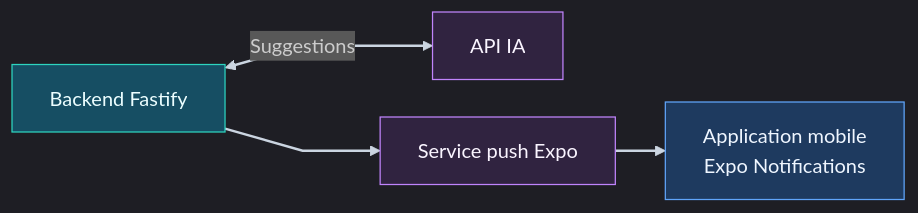
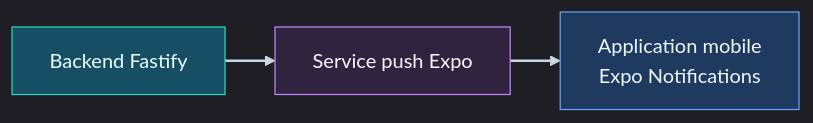
Before and after one commit to Bryan-Menoux/ColocSync: the fifth of 5 diagrams in stack.md, drawn with Mermaid. The commit also changed other lines of this file and 46 other files, not shown here.

````diff
--- a/stack.md
+++ b/stack.md
@@ -122,19 +119,17 @@
 ```mermaid
 %%{init: {"theme":"dark","flowchart":{"curve":"linear","nodeSpacing":30,"rankSpacing":40},"themeVariables":{"lineColor":"#cbd5e1","fontFamily":"system-ui"}}}%%
 flowchart LR
     backend["Backend Fastify"]
-    ia["API IA"]
     push["Service push Expo"]
     mobile["Application mobile<br/>Expo Notifications"]
 
-    backend <-->|Suggestions| ia
     backend --> push --> mobile
 
     classDef client fill:#1e3a5f,stroke:#60a5fa,color:#eff6ff
     classDef server fill:#164e63,stroke:#2dd4bf,color:#ecfeff
     classDef service fill:#302340,stroke:#c084fc,color:#faf5ff
     class mobile client
     class backend server
-    class ia,push service
+    class push service
     linkStyle default stroke:#cbd5e1,stroke-width:2px
 ```
````
